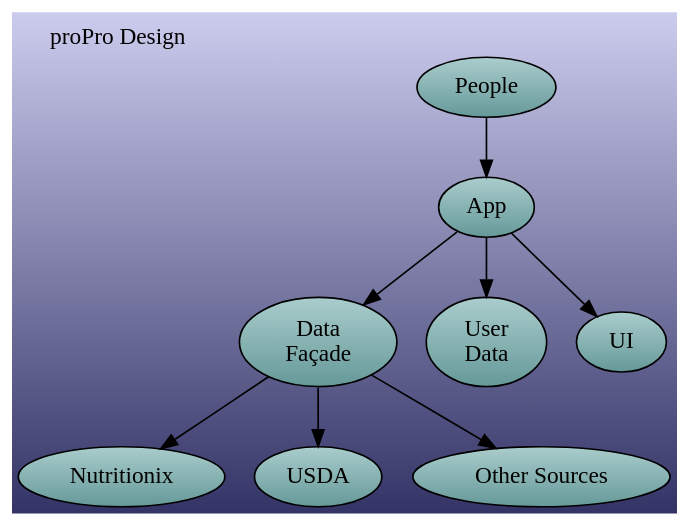
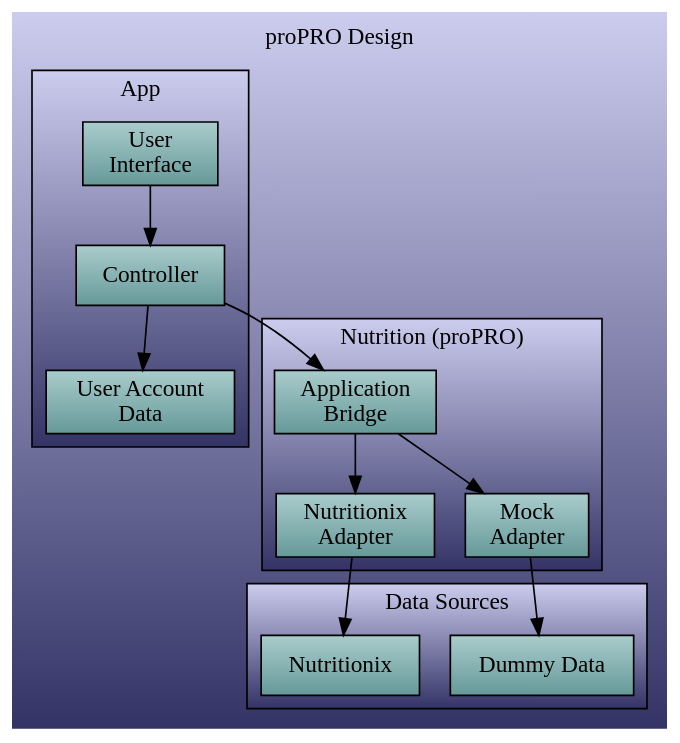
The diagram in design.dot (agatanyc/proPro), drawn with Graphviz before and after one commit.

Commit message:
Tweak design doc.

```diff
--- a/design.dot
+++ b/design.dot
@@ -1,32 +1,48 @@
-digraph "proPRO Design" {
+digraph "proPRO Application" {
 
 bgcolor="#333366:#CCCCEE";
 gradientangle=90;
 
 node [
+    shape=box,
     style=filled,
     fillcolor="#669999:#AACCCC",
     gradientangle=90
 ];
 
-facade [label="Data\nFaçade"];
+subgraph cluster_app {
+    label="App";
 
-//proPRO [label=<<B>proPRO</B><BR/>Library>];
+    accounts [label="User Account\nData"];
+    controller [label="Controller"];
+    ui [label="User\nInterface"];
 
-DB [label="User\nData"];
+    ui -> controller;
+    controller -> accounts;
+}
 
-People -> App;
+subgraph cluster_prolib {
+    label="Nutrition (proPRO)";
 
-App -> UI;
-App -> DB;
-App -> facade;
+    nutritionixdao [label="Nutritionix\nAdapter"];
+    mockdao [label="Mock\nAdapter"];
+    appbridge [label="Application\nBridge"];
 
-facade -> Nutritionix;
-facade -> USDA;
-facade -> "Other Sources";
+    appbridge -> nutritionixdao;
+    appbridge -> mockdao;
+}
 
+subgraph cluster_sources {
+    label="Data Sources";
+
+    files [label="Dummy Data"];
+    Nutritionix;
+}
+
+controller -> appbridge;
+nutritionixdao -> Nutritionix;
+mockdao -> files;
 
 labelloc=t;
-labeljust=l;
-label="proPro Design";
+label="proPRO Design";
 }
```
